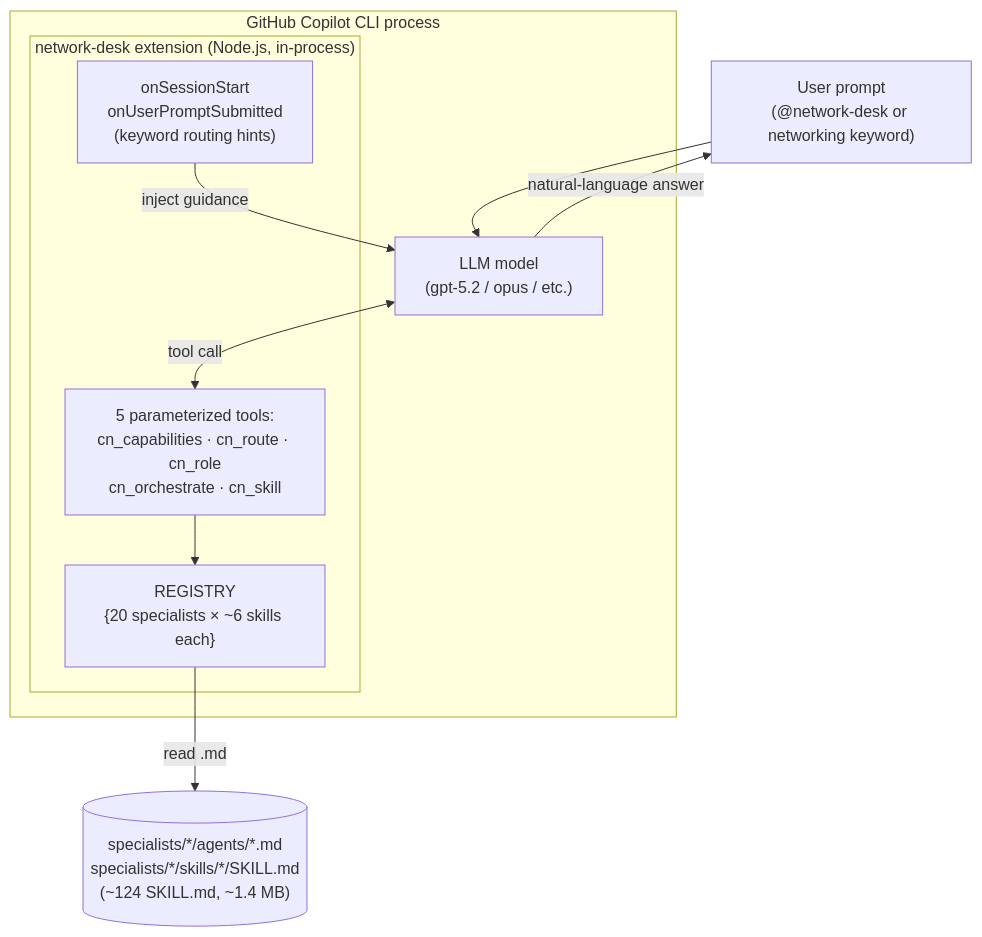
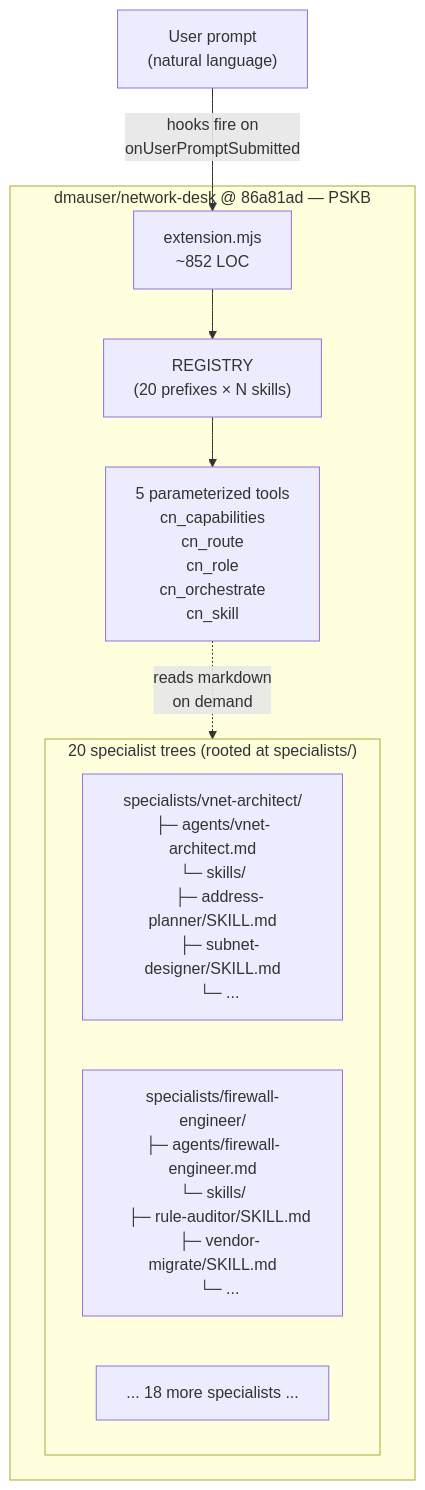
The first of 4 diagrams in ARCHITECTURE-EVALUATION.md (erjosito/network-desk), drawn with Mermaid before and after one commit. The commit also changed other lines of this file, not shown here.

First line of the commit message:
Restructure ARCHITECTURE-EVALUATION.md as objective pattern analysis

````diff
--- a/ARCHITECTURE-EVALUATION.md
+++ b/ARCHITECTURE-EVALUATION.md
@@ -45,18 +199,19 @@
 ```mermaid
 flowchart TB
-    User["User prompt<br/>(@network-desk or networking keyword)"]
-    subgraph CLI["GitHub Copilot CLI process"]
-      LLM["LLM model<br/>(gpt-5.2 / opus / etc.)"]
-      subgraph Ext["network-desk extension (Node.js, in-process)"]
-        Hooks["onSessionStart<br/>onUserPromptSubmitted<br/>(keyword routing hints)"]
-        Tools["5 parameterized tools:<br/>cn_capabilities · cn_route · cn_role<br/>cn_orchestrate · cn_skill"]
-        Registry["REGISTRY<br/>{20 specialists × ~6 skills each}"]
+    subgraph PSKB["dmauser/network-desk @ 86a81ad — PSKB"]
+      Ext["extension.mjs<br/>~852 LOC"]
+      Reg["REGISTRY<br/>(20 prefixes × N skills)"]
+      Tools["5 parameterized tools<br/>cn_capabilities<br/>cn_route<br/>cn_role<br/>cn_orchestrate<br/>cn_skill"]
+      Ext --> Reg
+      Reg --> Tools
+
+      subgraph Specs["20 specialist trees (rooted at specialists/)"]
+        S1["specialists/vnet-architect/<br/>├─ agents/vnet-architect.md<br/>└─ skills/<br/>   ├─ address-planner/SKILL.md<br/>   ├─ subnet-designer/SKILL.md<br/>   └─ ..."]
+        S2["specialists/firewall-engineer/<br/>├─ agents/firewall-engineer.md<br/>└─ skills/<br/>   ├─ rule-auditor/SKILL.md<br/>   ├─ vendor-migrate/SKILL.md<br/>   └─ ..."]
+        S20["... 18 more specialists ..."]
       end
-      LLM <-->|tool call| Tools
-      Tools --> Registry
+      Tools -.->|reads markdown<br/>on demand| Specs
     end
-    Registry -->|read .md| FS[("specialists/*/agents/*.md<br/>specialists/*/skills/*/SKILL.md<br/>(~124 SKILL.md, ~1.4 MB)")]
-    Hooks -->|inject guidance| LLM
-    User --> LLM
-    LLM -->|natural-language answer| User
+
+    User["User prompt<br/>(natural language)"] -->|hooks fire on<br/>onUserPromptSubmitted| Ext
 ```
````
